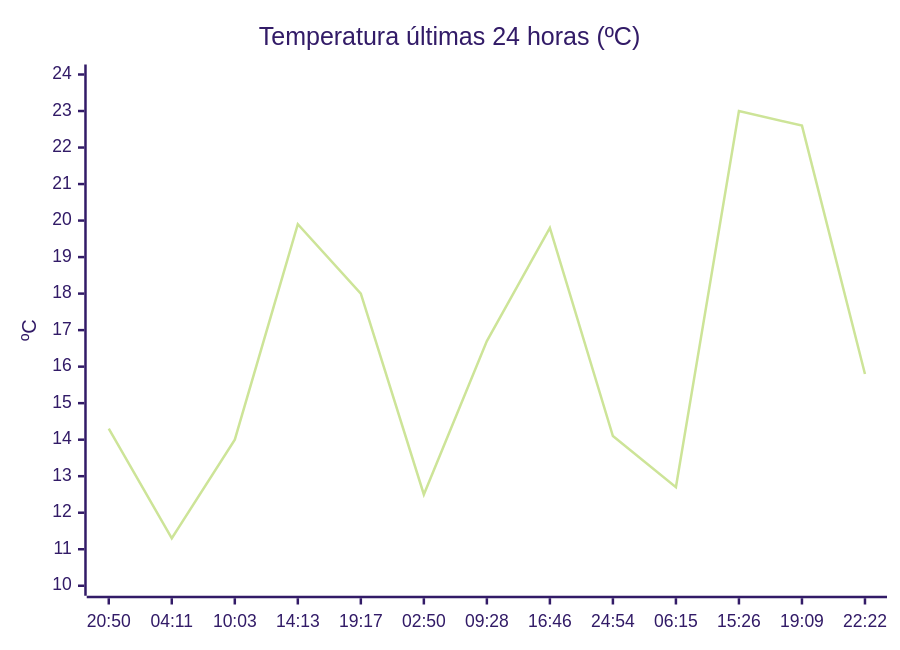
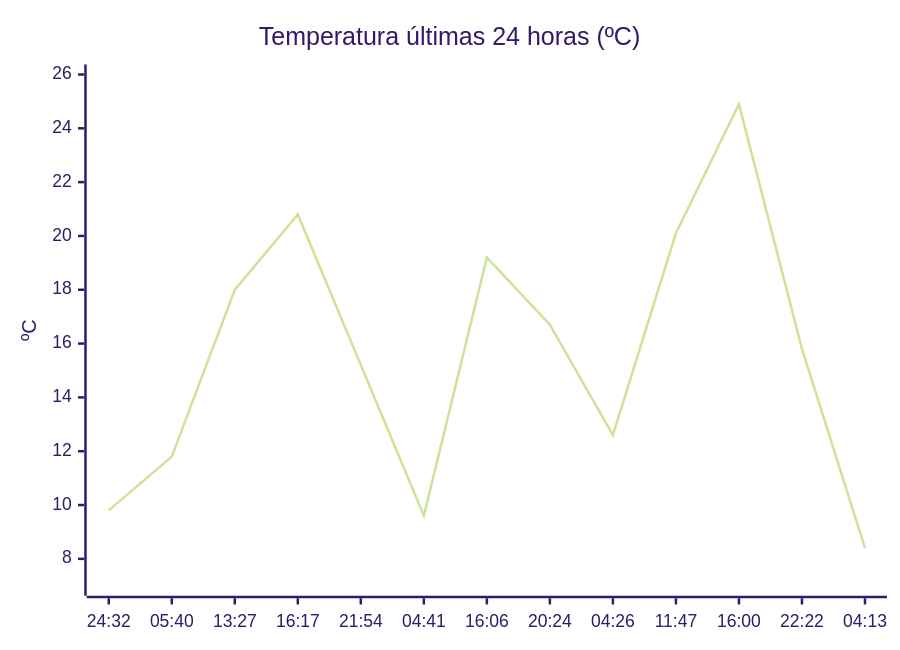
Before and after one commit to solidsnk86/rem-scrap: the diagram in README.md, drawn with Mermaid (forest theme). The commit also changed other lines of this file, not shown here.

````diff
--- a/README.md
+++ b/README.md
@@ -28,7 +28,7 @@
 ```mermaid
 xychart-beta
     title "Temperatura últimas 24 horas (ºC)"
-    x-axis ["20:50", "04:11", "10:03", "14:13", "19:17", "02:50", "09:28", "16:46", "24:54", "06:15", "15:26", "19:09", "22:22"]
-    y-axis "ºC" 10 --> 24
-    line [14.3, 11.3, 14, 19.9, 18, 12.5, 16.7, 19.8, 14.1, 12.7, 23, 22.6, 15.8]
+    x-axis ["24:32", "05:40", "13:27", "16:17", "21:54", "04:41", "16:06", "20:24", "04:26", "11:47", "16:00", "22:22", "04:13"]
+    y-axis "ºC" 7 --> 26
+    line [9.8, 11.8, 18, 20.8, 15.2, 9.6, 19.2, 16.7, 12.6, 20.1, 24.9, 15.8, 8.4]
 ```
````
